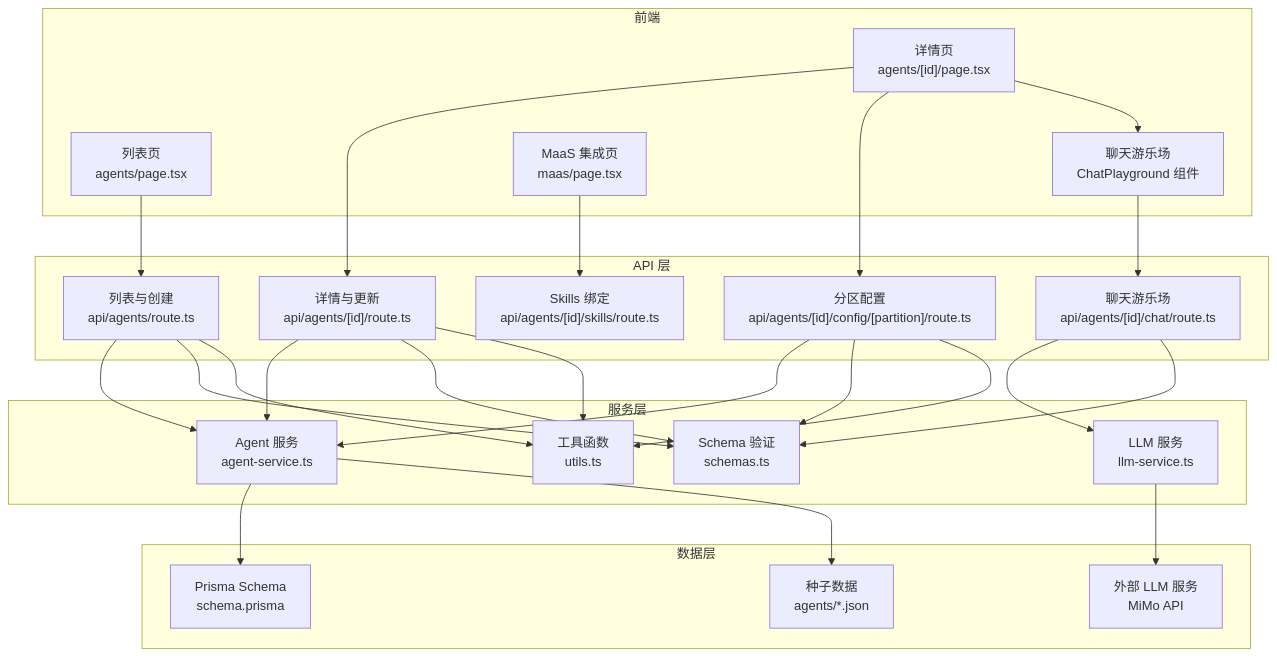
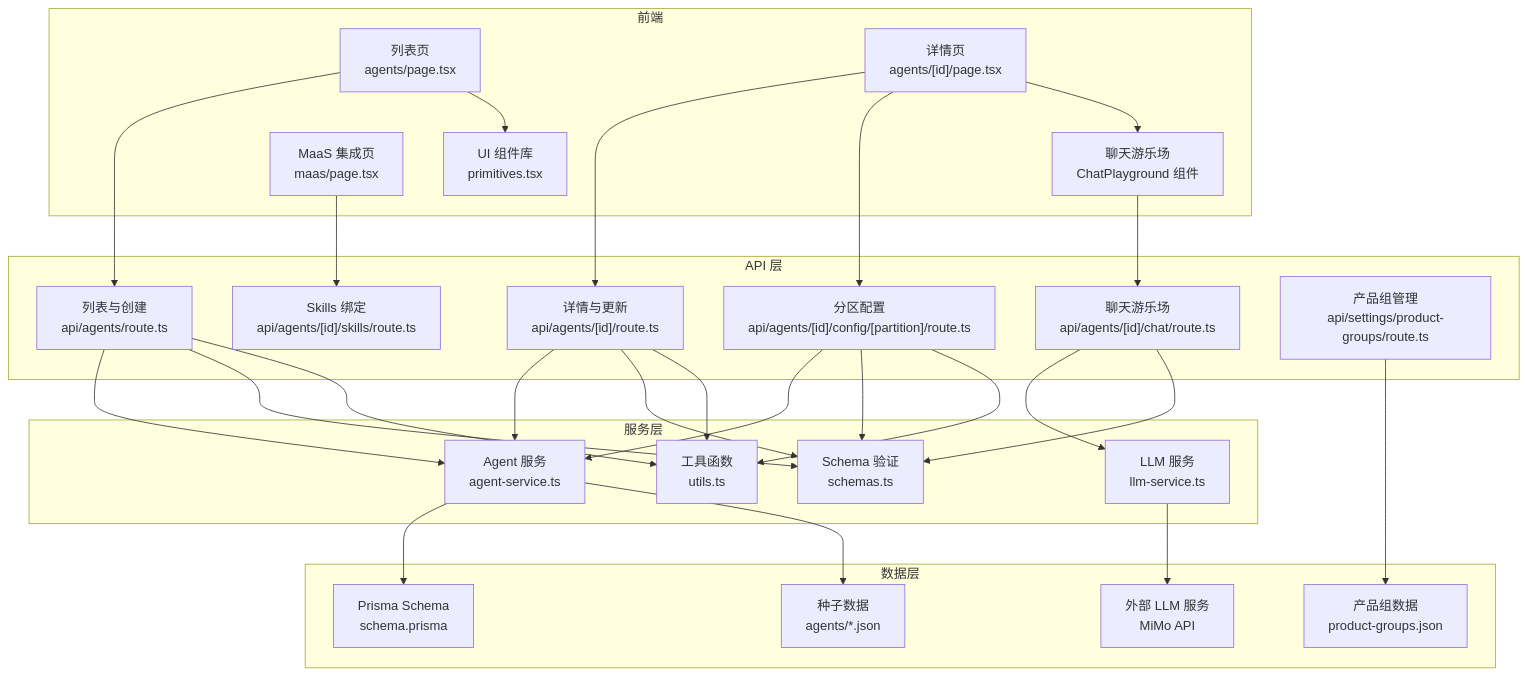
The first of 5 diagrams in .qoder/repowiki/zh/content/功能模块/Agent 管理.md (ai-guru-global/agent-up), drawn with Mermaid before and after one commit. The commit also changed other lines of this file and 13 other files, not shown here.

````diff
--- a/.qoder/repowiki/zh/content/功能模块/Agent 管理.md
+++ b/.qoder/repowiki/zh/content/功能模块/Agent 管理.md
@@ -64,47 +66,52 @@
 ```mermaid
 graph TB
 subgraph "前端"
 A["列表页<br/>agents/page.tsx"]
 B["详情页<br/>agents/[id]/page.tsx"]
 C["聊天游乐场<br/>ChatPlayground 组件"]
 D["MaaS 集成页<br/>maas/page.tsx"]
+E["UI 组件库<br/>primitives.tsx"]
 end
 subgraph "API 层"
-E["列表与创建<br/>api/agents/route.ts"]
-F["详情与更新<br/>api/agents/[id]/route.ts"]
-G["分区配置<br/>api/agents/[id]/config/[partition]/route.ts"]
-H["Skills 绑定<br/>api/agents/[id]/skills/route.ts"]
-I["聊天游乐场<br/>api/agents/[id]/chat/route.ts"]
+F["列表与创建<br/>api/agents/route.ts"]
+G["详情与更新<br/>api/agents/[id]/route.ts"]
+H["分区配置<br/>api/agents/[id]/config/[partition]/route.ts"]
+I["Skills 绑定<br/>api/agents/[id]/skills/route.ts"]
+J["聊天游乐场<br/>api/agents/[id]/chat/route.ts"]
+K["产品组管理<br/>api/settings/product-groups/route.ts"]
 end
 subgraph "服务层"
-J["Agent 服务<br/>agent-service.ts"]
-K["LLM 服务<br/>llm-service.ts"]
-L["Schema 验证<br/>schemas.ts"]
-M["工具函数<br/>utils.ts"]
+L["Agent 服务<br/>agent-service.ts"]
+M["LLM 服务<br/>llm-service.ts"]
+N["Schema 验证<br/>schemas.ts"]
+O["工具函数<br/>utils.ts"]
 end
 subgraph "数据层"
-N["Prisma Schema<br/>schema.prisma"]
-O["种子数据<br/>agents/*.json"]
-P["外部 LLM 服务<br/>MiMo API"]
+P["Prisma Schema<br/>schema.prisma"]
+Q["种子数据<br/>agents/*.json"]
+R["外部 LLM 服务<br/>MiMo API"]
+S["产品组数据<br/>product-groups.json"]
 end
+A --> F
+B --> G
+B --> H
+B --> C
+C --> J
+D --> I
 A --> E
-B --> F
-B --> G
-B --> C
-C --> I
-D --> H
-E --> J
-F --> J
-G --> J
-I --> K
-J --> N
-J --> O
-E --> L
 F --> L
 G --> L
-I --> L
-E --> M
-F --> M
-G --> M
-K --> P
+H --> L
+J --> M
+L --> P
+L --> Q
+F --> N
+G --> N
+H --> N
+J --> N
+F --> O
+G --> O
+H --> O
+M --> R
+K --> S
 ```
````
